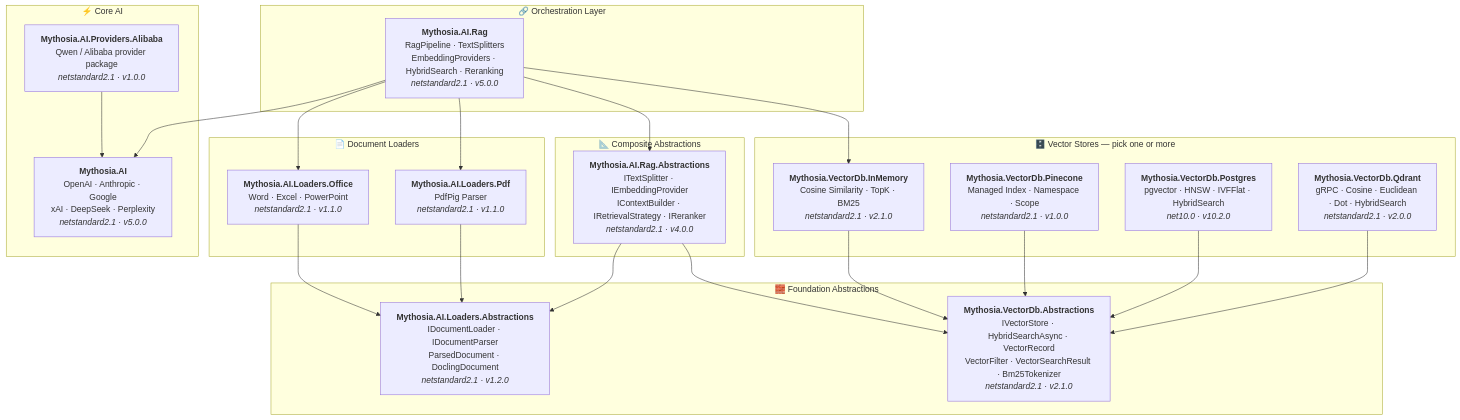
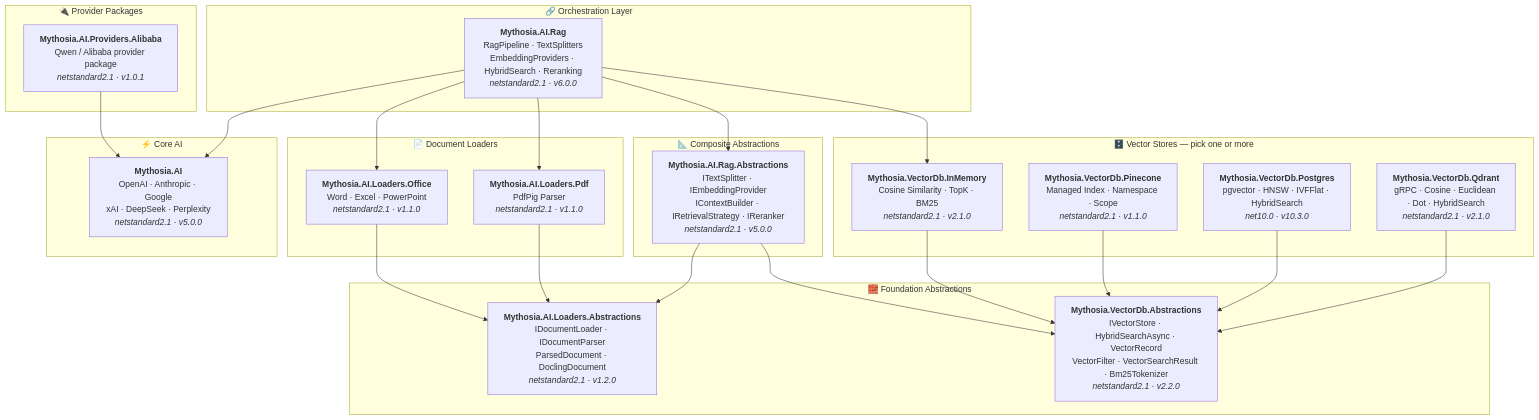
One commit to AJ-comp/Mythosia.AI changed the diagram in README.md. Above: the diagram before and after it, drawn with Mermaid. The commit also changed other lines of this file and 46 other files, not shown here.

````diff
--- a/README.md
+++ b/README.md
@@ -58,56 +58,59 @@
 ```mermaid
 graph TD
     subgraph "🔗 Orchestration Layer"
-        Rag["<b>Mythosia.AI.Rag</b><br/>RagPipeline · TextSplitters<br/>EmbeddingProviders · HybridSearch · Reranking<br/><i>netstandard2.1 · v5.0.0</i>"]
+        Rag["<b>Mythosia.AI.Rag</b><br/>RagPipeline · TextSplitters<br/>EmbeddingProviders · HybridSearch · Reranking<br/><i>netstandard2.1 · v6.0.0</i>"]
     end
 
     subgraph "⚡ Core AI"
         AI["<b>Mythosia.AI</b><br/>OpenAI · Anthropic · Google<br/>xAI · DeepSeek · Perplexity<br/><i>netstandard2.1 · v5.0.0</i>"]
-        Alibaba["<b>Mythosia.AI.Providers.Alibaba</b><br/>Qwen / Alibaba provider package<br/><i>netstandard2.1 · v1.0.0</i>"]
+    end
+
+    subgraph "🔌 Provider Packages"
+        Alibaba["<b>Mythosia.AI.Providers.Alibaba</b><br/>Qwen / Alibaba provider package<br/><i>netstandard2.1 · v1.0.1</i>"]
     end
 
     subgraph "📄 Document Loaders"
         Office["<b>Mythosia.AI.Loaders.Office</b><br/>Word · Excel · PowerPoint<br/><i>netstandard2.1 · v1.1.0</i>"]
         Pdf["<b>Mythosia.AI.Loaders.Pdf</b><br/>PdfPig Parser<br/><i>netstandard2.1 · v1.1.0</i>"]
     end
 
     subgraph "📐 Composite Abstractions"
-        RagAbs["<b>Mythosia.AI.Rag.Abstractions</b><br/>ITextSplitter · IEmbeddingProvider<br/>IContextBuilder · IRetrievalStrategy · IReranker<br/><i>netstandard2.1 · v4.0.0</i>"]
+        RagAbs["<b>Mythosia.AI.Rag.Abstractions</b><br/>ITextSplitter · IEmbeddingProvider<br/>IContextBuilder · IRetrievalStrategy · IReranker<br/><i>netstandard2.1 · v5.0.0</i>"]
     end
 
     subgraph "🗄️ Vector Stores — pick one or more"
         InMem["<b>Mythosia.VectorDb.InMemory</b><br/>Cosine Similarity · TopK · BM25<br/><i>netstandard2.1 · v2.1.0</i>"]
-        Pine["<b>Mythosia.VectorDb.Pinecone</b><br/>Managed Index · Namespace · Scope<br/><i>netstandard2.1 · v1.0.0</i>"]
-        Pg["<b>Mythosia.VectorDb.Postgres</b><br/>pgvector · HNSW · IVFFlat · HybridSearch<br/><i>net10.0 · v10.2.0</i>"]
-        Qd["<b>Mythosia.VectorDb.Qdrant</b><br/>gRPC · Cosine · Euclidean · Dot · HybridSearch<br/><i>netstandard2.1 · v2.0.0</i>"]
+        Pine["<b>Mythosia.VectorDb.Pinecone</b><br/>Managed Index · Namespace · Scope<br/><i>netstandard2.1 · v1.1.0</i>"]
+        Pg["<b>Mythosia.VectorDb.Postgres</b><br/>pgvector · HNSW · IVFFlat · HybridSearch<br/><i>net10.0 · v10.3.0</i>"]
+        Qd["<b>Mythosia.VectorDb.Qdrant</b><br/>gRPC · Cosine · Euclidean · Dot · HybridSearch<br/><i>netstandard2.1 · v2.1.0</i>"]
     end
 
     subgraph "🧱 Foundation Abstractions"
         LoaderAbs["<b>Mythosia.AI.Loaders.Abstractions</b><br/>IDocumentLoader · IDocumentParser<br/>ParsedDocument · DoclingDocument<br/><i>netstandard2.1 · v1.2.0</i>"]
-        VdbAbs["<b>Mythosia.VectorDb.Abstractions</b><br/>IVectorStore · HybridSearchAsync · VectorRecord<br/>VectorFilter · VectorSearchResult · Bm25Tokenizer<br/><i>netstandard2.1 · v2.1.0</i>"]
+        VdbAbs["<b>Mythosia.VectorDb.Abstractions</b><br/>IVectorStore · HybridSearchAsync · VectorRecord<br/>VectorFilter · VectorSearchResult · Bm25Tokenizer<br/><i>netstandard2.1 · v2.2.0</i>"]
     end
 
     %% Orchestration → dependencies
     Rag --> AI
     Rag --> Office
     Rag --> Pdf
     Rag --> RagAbs
     Rag --> InMem
 
     %% Provider packages → core
     Alibaba --> AI
 
     %% Composite → Foundation
     RagAbs --> LoaderAbs
     RagAbs --> VdbAbs
 
     %% Loaders → Foundation
     Office --> LoaderAbs
     Pdf --> LoaderAbs
 
     %% VectorStores → Foundation
     InMem --> VdbAbs
     Pine --> VdbAbs
     Pg --> VdbAbs
     Qd --> VdbAbs
 ```
````
